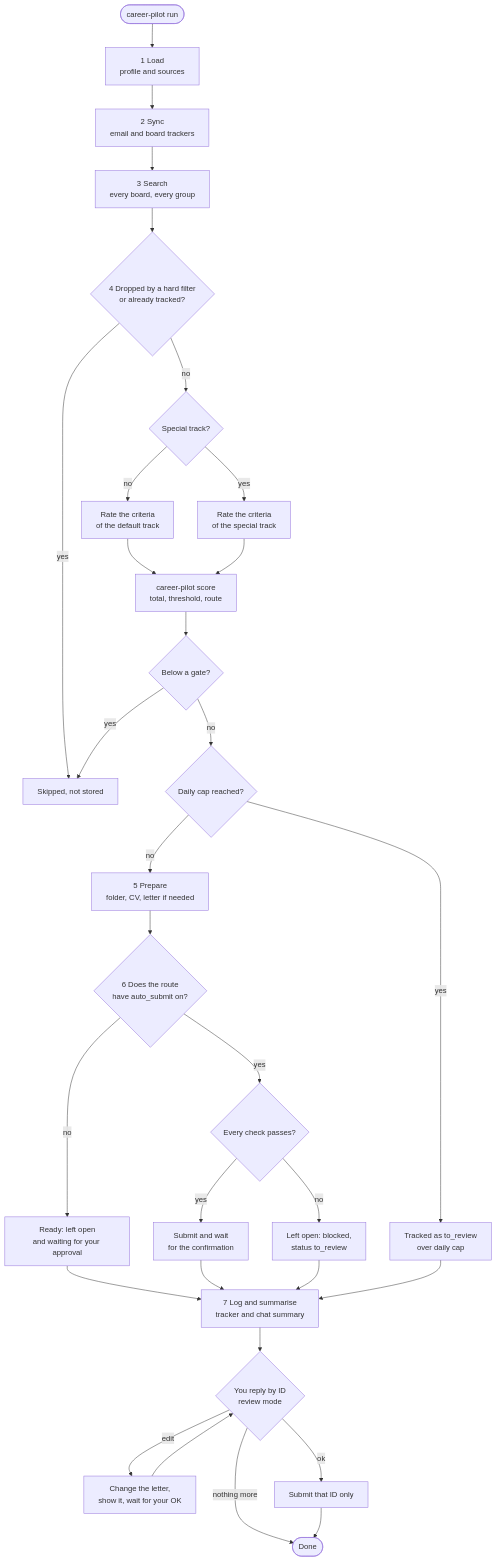
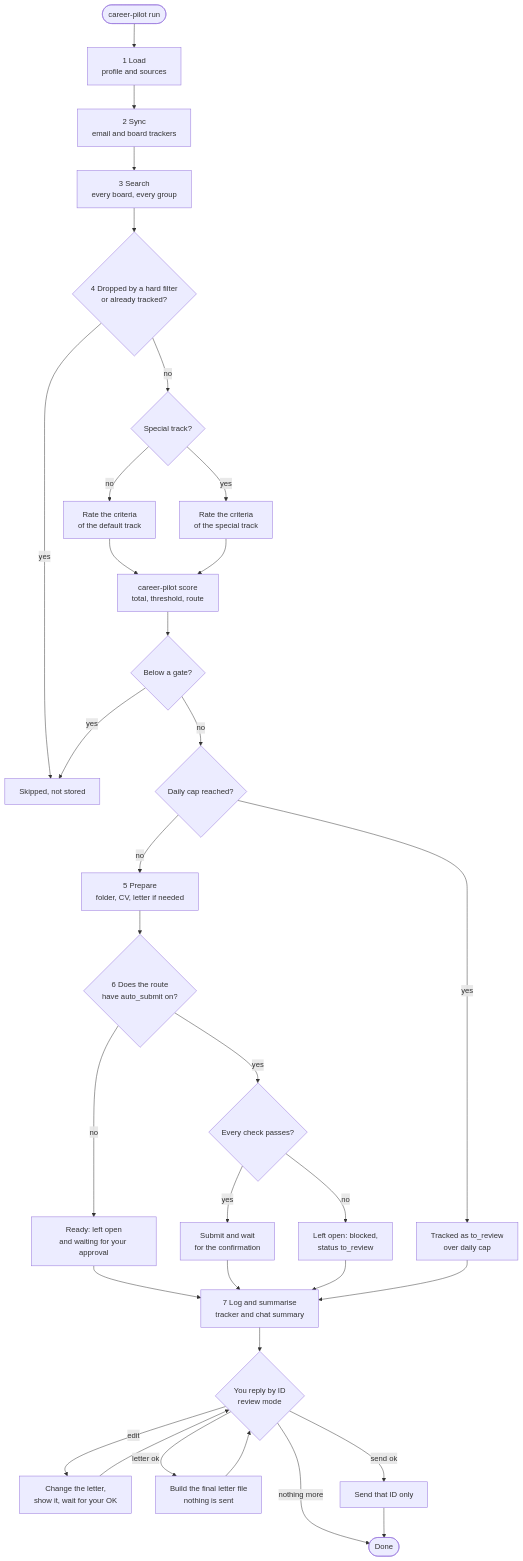
The diagram in docs/workflow.md (kubista9/career-pilot), drawn with Mermaid before and after one commit. The commit also changed other lines of this file and 8 other files, not shown here.

````diff
--- a/docs/workflow.md
+++ b/docs/workflow.md
@@ -6,33 +6,35 @@
 ```mermaid
 flowchart TD
     start([career-pilot run]) --> load[1 Load<br/>profile and sources]
     load --> sync[2 Sync<br/>email and board trackers]
     sync --> search[3 Search<br/>every board, every group]
     search --> filter{4 Dropped by a hard filter<br/>or already tracked?}
     filter -- yes --> skipped[Skipped, not stored]
     filter -- no --> track{Special track?}
     track -- no --> rateDefault[Rate the criteria<br/>of the default track]
     track -- yes --> rateSpecial[Rate the criteria<br/>of the special track]
     rateDefault --> score[career-pilot score<br/>total, threshold, route]
     rateSpecial --> score
     score --> gate{Below a gate?}
     gate -- yes --> skipped
     gate -- no --> cap{Daily cap reached?}
     cap -- yes --> overCap[Tracked as to_review<br/>over daily cap]
     cap -- no --> prepare[5 Prepare<br/>folder, CV, letter if needed]
     prepare --> auto{6 Does the route<br/>have auto_submit on?}
     auto -- no --> ready[Ready: left open<br/>and waiting for your approval]
     auto -- yes --> checks{Every check passes?}
     checks -- yes --> submit[Submit and wait<br/>for the confirmation]
     checks -- no --> blocked[Left open: blocked,<br/>status to_review]
     ready --> log
     submit --> log
     blocked --> log
     overCap --> log
     log[7 Log and summarise<br/>tracker and chat summary] --> reply{You reply by ID<br/>review mode}
     reply -- edit --> edit[Change the letter,<br/>show it, wait for your OK]
     edit --> reply
-    reply -- ok --> approved[Submit that ID only]
+    reply -- letter ok --> final[Build the final letter file<br/>nothing is sent]
+    final --> reply
+    reply -- send ok --> approved[Send that ID only]
     reply -- nothing more --> done([Done])
     approved --> done
 ```
````
